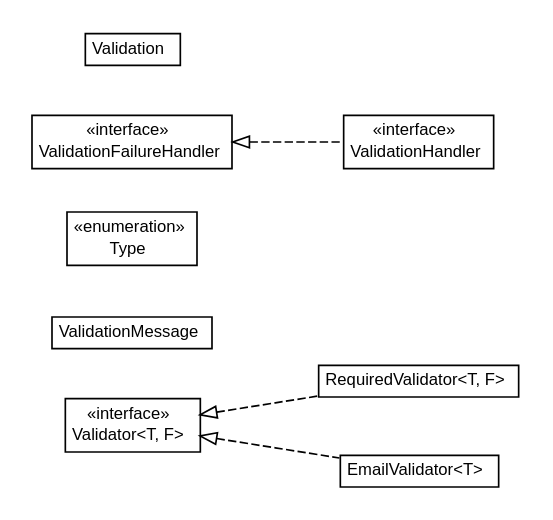
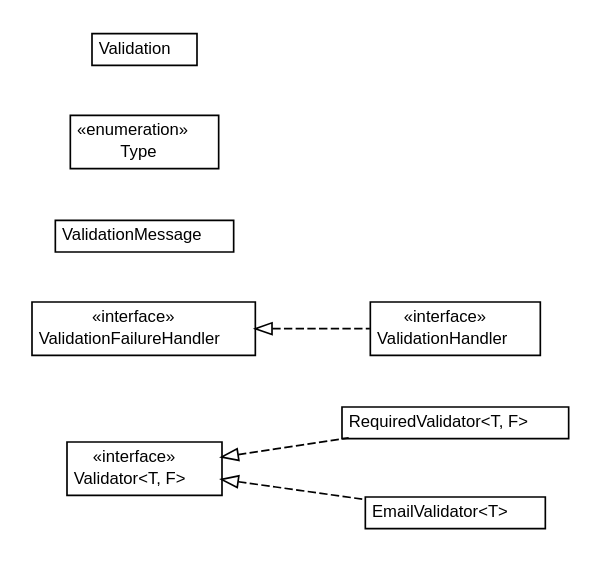
One commit to growbit/turbogwt-databind changed the diagram in javadoc/apidocs/org/turbogwt/mvp/databind/client/validation/org.turbogwt.mvp.databind.client.validation.dot. Above: the diagram before and after it, drawn with Graphviz. The commit also changed 144 other files, not shown here.

```diff
--- a/javadoc/apidocs/org/turbogwt/mvp/databind/client/validation/org.turbogwt.mvp.databind.client.validation.dot
+++ b/javadoc/apidocs/org/turbogwt/mvp/databind/client/validation/org.turbogwt.mvp.databind.client.validation.dot
@@ -1,71 +1,71 @@
 #!/usr/local/bin/dot
 #
 # Class diagram 
 # Generated by UMLGraph version R5_6-24-gf6e263 (http://www.umlgraph.org/)
 #
 
 digraph G {
-	edge [fontname="arial",fontsize=10,labelfontname="arial",labelfontsize=10];
-	node [fontname="arial",fontsize=10,shape=plaintext];
+	edge [fontname="Helvetica",fontsize=10,labelfontname="Helvetica",labelfontsize=10];
+	node [fontname="Helvetica",fontsize=10,shape=plaintext];
 	nodesep=0.25;
 	ranksep=0.5;
 	rankdir=LR;
-	// org.turbogwt.mvp.databind.client.validation.Validator<T, F>
-	c116 [label=<<table title="org.turbogwt.mvp.databind.client.validation.Validator" border="0" cellborder="1" cellspacing="0" cellpadding="2" port="p" href="./Validator.html">
+	// org.turbogwt.mvp.databind.client.validation.RequiredValidator<T, F>
+	c116 [label=<<table title="org.turbogwt.mvp.databind.client.validation.RequiredValidator" border="0" cellborder="1" cellspacing="0" cellpadding="2" port="p" href="./RequiredValidator.html">
+		<tr><td><table border="0" cellspacing="0" cellpadding="1">
+<tr><td align="center" balign="center"> RequiredValidator&lt;T, F&gt; </td></tr>
+		</table></td></tr>
+		</table>>, URL="./RequiredValidator.html", fontname="Helvetica", fontcolor="black", fontsize=10.0];
+	// org.turbogwt.mvp.databind.client.validation.ValidationFailureHandler
+	c117 [label=<<table title="org.turbogwt.mvp.databind.client.validation.ValidationFailureHandler" border="0" cellborder="1" cellspacing="0" cellpadding="2" port="p" href="./ValidationFailureHandler.html">
 		<tr><td><table border="0" cellspacing="0" cellpadding="1">
 <tr><td align="center" balign="center"> &#171;interface&#187; </td></tr>
-<tr><td align="center" balign="center"> Validator&lt;T, F&gt; </td></tr>
+<tr><td align="center" balign="center"> ValidationFailureHandler </td></tr>
 		</table></td></tr>
-		</table>>, URL="./Validator.html", fontname="arial", fontcolor="black", fontsize=10.0];
+		</table>>, URL="./ValidationFailureHandler.html", fontname="Helvetica", fontcolor="black", fontsize=10.0];
+	// org.turbogwt.mvp.databind.client.validation.ValidationHandler
+	c118 [label=<<table title="org.turbogwt.mvp.databind.client.validation.ValidationHandler" border="0" cellborder="1" cellspacing="0" cellpadding="2" port="p" href="./ValidationHandler.html">
+		<tr><td><table border="0" cellspacing="0" cellpadding="1">
+<tr><td align="center" balign="center"> &#171;interface&#187; </td></tr>
+<tr><td align="center" balign="center"> ValidationHandler </td></tr>
+		</table></td></tr>
+		</table>>, URL="./ValidationHandler.html", fontname="Helvetica", fontcolor="black", fontsize=10.0];
 	// org.turbogwt.mvp.databind.client.validation.ValidationMessage
-	c117 [label=<<table title="org.turbogwt.mvp.databind.client.validation.ValidationMessage" border="0" cellborder="1" cellspacing="0" cellpadding="2" port="p" href="./ValidationMessage.html">
+	c119 [label=<<table title="org.turbogwt.mvp.databind.client.validation.ValidationMessage" border="0" cellborder="1" cellspacing="0" cellpadding="2" port="p" href="./ValidationMessage.html">
 		<tr><td><table border="0" cellspacing="0" cellpadding="1">
 <tr><td align="center" balign="center"> ValidationMessage </td></tr>
 		</table></td></tr>
-		</table>>, URL="./ValidationMessage.html", fontname="arial", fontcolor="black", fontsize=10.0];
+		</table>>, URL="./ValidationMessage.html", fontname="Helvetica", fontcolor="black", fontsize=10.0];
 	// org.turbogwt.mvp.databind.client.validation.ValidationMessage.Type
-	c118 [label=<<table title="org.turbogwt.mvp.databind.client.validation.ValidationMessage.Type" border="0" cellborder="1" cellspacing="0" cellpadding="2" port="p" href="./ValidationMessage.Type.html">
+	c120 [label=<<table title="org.turbogwt.mvp.databind.client.validation.ValidationMessage.Type" border="0" cellborder="1" cellspacing="0" cellpadding="2" port="p" href="./ValidationMessage.Type.html">
 		<tr><td><table border="0" cellspacing="0" cellpadding="1">
 <tr><td align="center" balign="center"> &#171;enumeration&#187; </td></tr>
 <tr><td align="center" balign="center"> Type </td></tr>
 		</table></td></tr>
-		</table>>, URL="./ValidationMessage.Type.html", fontname="arial", fontcolor="black", fontsize=10.0];
-	// org.turbogwt.mvp.databind.client.validation.ValidationHandler
-	c119 [label=<<table title="org.turbogwt.mvp.databind.client.validation.ValidationHandler" border="0" cellborder="1" cellspacing="0" cellpadding="2" port="p" href="./ValidationHandler.html">
-		<tr><td><table border="0" cellspacing="0" cellpadding="1">
-<tr><td align="center" balign="center"> &#171;interface&#187; </td></tr>
-<tr><td align="center" balign="center"> ValidationHandler </td></tr>
-		</table></td></tr>
-		</table>>, URL="./ValidationHandler.html", fontname="arial", fontcolor="black", fontsize=10.0];
-	// org.turbogwt.mvp.databind.client.validation.ValidationFailureHandler
-	c120 [label=<<table title="org.turbogwt.mvp.databind.client.validation.ValidationFailureHandler" border="0" cellborder="1" cellspacing="0" cellpadding="2" port="p" href="./ValidationFailureHandler.html">
-		<tr><td><table border="0" cellspacing="0" cellpadding="1">
-<tr><td align="center" balign="center"> &#171;interface&#187; </td></tr>
-<tr><td align="center" balign="center"> ValidationFailureHandler </td></tr>
-		</table></td></tr>
-		</table>>, URL="./ValidationFailureHandler.html", fontname="arial", fontcolor="black", fontsize=10.0];
+		</table>>, URL="./ValidationMessage.Type.html", fontname="Helvetica", fontcolor="black", fontsize=10.0];
 	// org.turbogwt.mvp.databind.client.validation.Validation
 	c121 [label=<<table title="org.turbogwt.mvp.databind.client.validation.Validation" border="0" cellborder="1" cellspacing="0" cellpadding="2" port="p" href="./Validation.html">
 		<tr><td><table border="0" cellspacing="0" cellpadding="1">
 <tr><td align="center" balign="center"> Validation </td></tr>
 		</table></td></tr>
-		</table>>, URL="./Validation.html", fontname="arial", fontcolor="black", fontsize=10.0];
-	// org.turbogwt.mvp.databind.client.validation.RequiredValidator<T, F>
-	c122 [label=<<table title="org.turbogwt.mvp.databind.client.validation.RequiredValidator" border="0" cellborder="1" cellspacing="0" cellpadding="2" port="p" href="./RequiredValidator.html">
+		</table>>, URL="./Validation.html", fontname="Helvetica", fontcolor="black", fontsize=10.0];
+	// org.turbogwt.mvp.databind.client.validation.Validator<T, F>
+	c122 [label=<<table title="org.turbogwt.mvp.databind.client.validation.Validator" border="0" cellborder="1" cellspacing="0" cellpadding="2" port="p" href="./Validator.html">
 		<tr><td><table border="0" cellspacing="0" cellpadding="1">
-<tr><td align="center" balign="center"> RequiredValidator&lt;T, F&gt; </td></tr>
+<tr><td align="center" balign="center"> &#171;interface&#187; </td></tr>
+<tr><td align="center" balign="center"> Validator&lt;T, F&gt; </td></tr>
 		</table></td></tr>
-		</table>>, URL="./RequiredValidator.html", fontname="arial", fontcolor="black", fontsize=10.0];
+		</table>>, URL="./Validator.html", fontname="Helvetica", fontcolor="black", fontsize=10.0];
 	// org.turbogwt.mvp.databind.client.validation.EmailValidator<T>
 	c123 [label=<<table title="org.turbogwt.mvp.databind.client.validation.EmailValidator" border="0" cellborder="1" cellspacing="0" cellpadding="2" port="p" href="./EmailValidator.html">
 		<tr><td><table border="0" cellspacing="0" cellpadding="1">
 <tr><td align="center" balign="center"> EmailValidator&lt;T&gt; </td></tr>
 		</table></td></tr>
-		</table>>, URL="./EmailValidator.html", fontname="arial", fontcolor="black", fontsize=10.0];
+		</table>>, URL="./EmailValidator.html", fontname="Helvetica", fontcolor="black", fontsize=10.0];
+	//org.turbogwt.mvp.databind.client.validation.RequiredValidator<T, F> implements org.turbogwt.mvp.databind.client.validation.Validator<T, F>
+	c122:p -> c116:p [dir=back,arrowtail=empty,style=dashed];
 	//org.turbogwt.mvp.databind.client.validation.ValidationHandler implements org.turbogwt.mvp.databind.client.validation.ValidationFailureHandler
-	c120:p -> c119:p [dir=back,arrowtail=empty,style=dashed];
-	//org.turbogwt.mvp.databind.client.validation.RequiredValidator<T, F> implements org.turbogwt.mvp.databind.client.validation.Validator<T, F>
-	c116:p -> c122:p [dir=back,arrowtail=empty,style=dashed];
+	c117:p -> c118:p [dir=back,arrowtail=empty,style=dashed];
 	//org.turbogwt.mvp.databind.client.validation.EmailValidator<T> implements org.turbogwt.mvp.databind.client.validation.Validator<T, F>
-	c116:p -> c123:p [dir=back,arrowtail=empty,style=dashed];
+	c122:p -> c123:p [dir=back,arrowtail=empty,style=dashed];
 }
```
